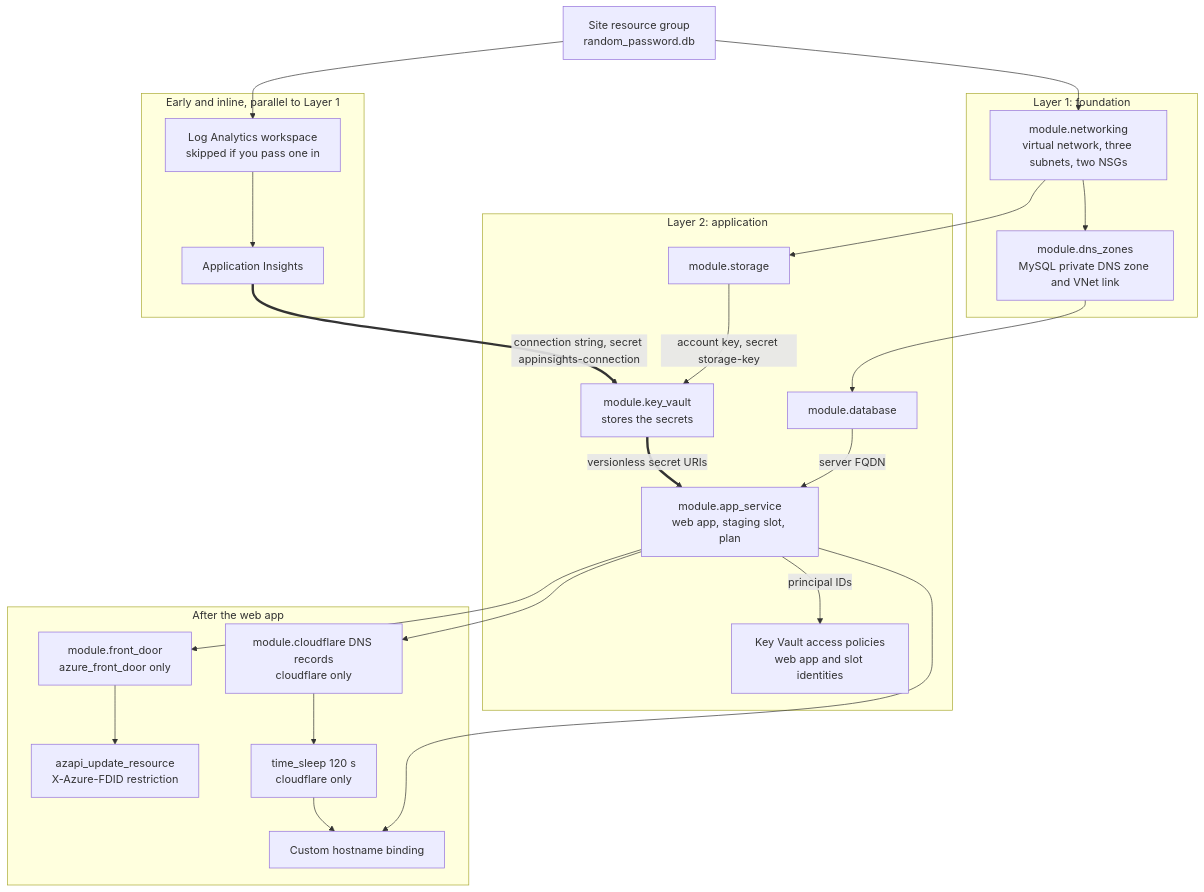
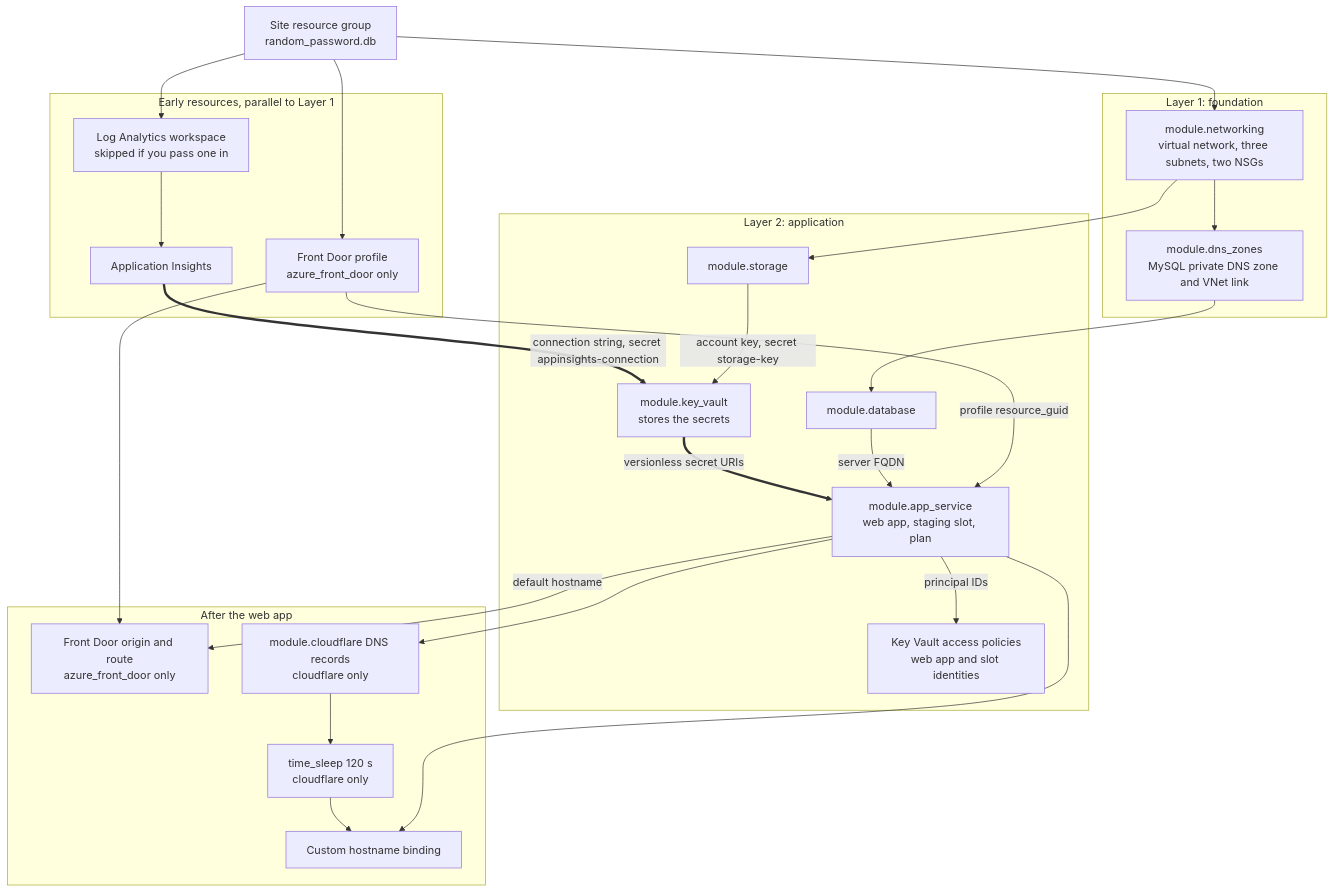
One commit to agenticcodingops/azure-wordpress changed the second of 7 diagrams in docs/architecture.md. Above: the diagram before and after it, drawn with Mermaid. The commit also changed other lines of this file and 9 other files, not shown here.

First line of the commit message:
fix(wordpress-site): give each origin restriction list one owner (#167)

````diff
--- a/docs/architecture.md
+++ b/docs/architecture.md
@@ -136,42 +136,45 @@
 ```mermaid
 flowchart TB
     rg["Site resource group<br/>random_password.db"]
 
     subgraph l1["Layer 1: foundation"]
         net["module.networking<br/>virtual network, three subnets, two NSGs"]
         dns["module.dns_zones<br/>MySQL private DNS zone and VNet link"]
     end
 
-    subgraph early["Early and inline, parallel to Layer 1"]
+    subgraph early["Early resources, parallel to Layer 1"]
         law["Log Analytics workspace<br/>skipped if you pass one in"]
         appi["Application Insights"]
+        fdp["Front Door profile<br/>azure_front_door only"]
     end
 
     subgraph l2["Layer 2: application"]
         db["module.database"]
         st["module.storage"]
         kv["module.key_vault<br/>stores the secrets"]
         app["module.app_service<br/>web app, staging slot, plan"]
         pol["Key Vault access policies<br/>web app and slot identities"]
     end
 
     subgraph after["After the web app"]
-        fd["module.front_door<br/>azure_front_door only"]
-        patch["azapi_update_resource<br/>X-Azure-FDID restriction"]
+        fd["Front Door origin and route<br/>azure_front_door only"]
         cfm["module.cloudflare DNS records<br/>cloudflare only"]
         wait["time_sleep 120 s<br/>cloudflare only"]
         bind["Custom hostname binding"]
     end
 
     rg --> net --> dns --> db
     rg --> law --> appi
     net --> st
     appi ==>|"connection string, secret appinsights-connection"| kv
     st -->|"account key, secret storage-key"| kv
     kv ==>|"versionless secret URIs"| app
     db -->|"server FQDN"| app
     app -->|"principal IDs"| pol
-    app --> fd --> patch
+    rg --> fdp
+    fdp -->|"profile resource_guid"| app
+    app -->|"default hostname"| fd
+    fdp --> fd
     app --> cfm --> wait --> bind
     app --> bind
 ```
````
